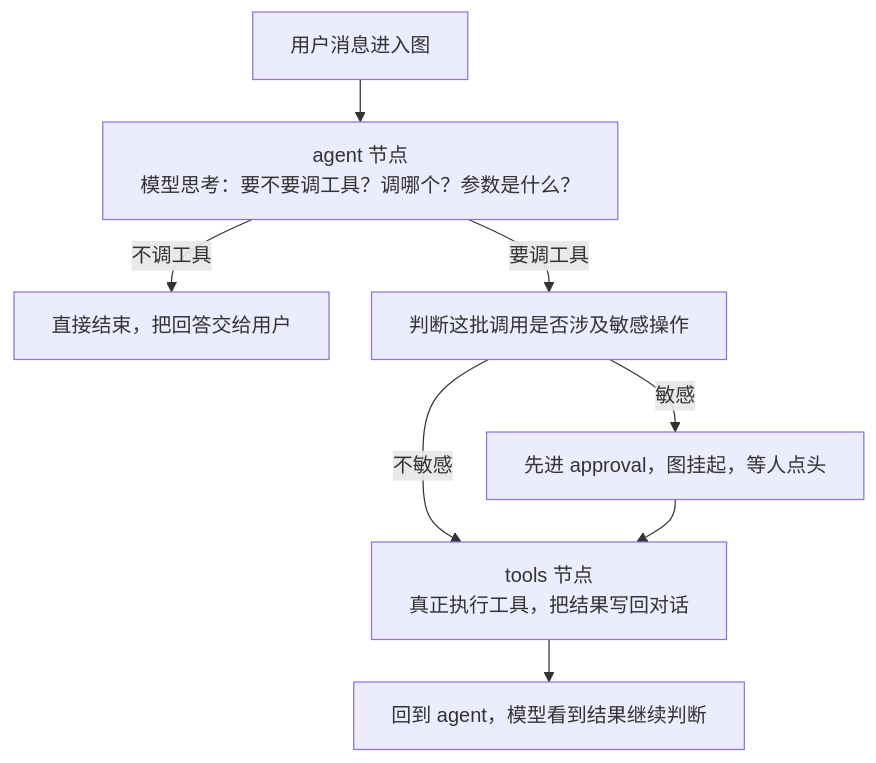
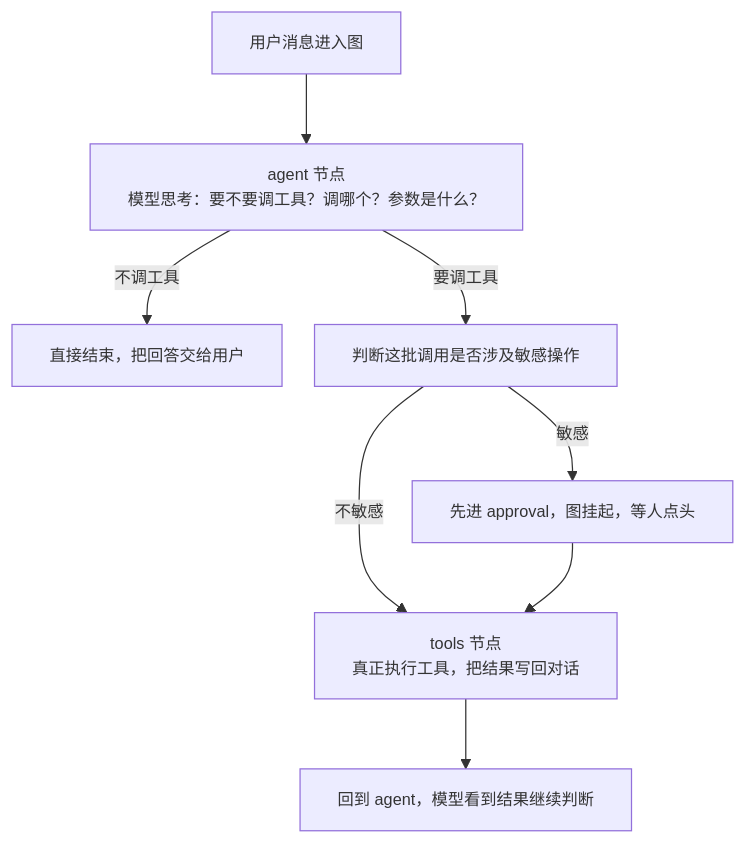
Before and after one commit to Surysaki/surysaki.github.io: the second of 6 diagrams in content/posts/SSsec/index.md, drawn with Mermaid. The commit also changed other lines of this file, not shown here.

````diff
--- a/content/posts/SSsec/index.md
+++ b/content/posts/SSsec/index.md
@@ -114,19 +114,19 @@
 ```mermaid
-%%{init: {"flowchart": {"nodeSpacing": 34, "rankSpacing": 34, "wrappingWidth": 430}}}%%
+%%{init: {"flowchart": {"nodeSpacing": 26, "rankSpacing": 56, "wrappingWidth": 470}, "themeVariables": {"fontSize": "13px"}}}%%
 flowchart TB
     IN["用户消息进入图"]
     AG["agent 节点<br/>模型思考：要不要调工具？调哪个？参数是什么？"]
     DONE["直接结束，把回答交给用户"]
     J["判断这批调用是否涉及敏感操作"]
     T["tools 节点<br/>真正执行工具，把结果写回对话"]
     AP["先进 approval，图挂起，等人点头"]
     BACK["回到 agent，模型看到结果继续判断"]
 
     IN --> AG
     AG -- "不调工具" --> DONE
     AG -- "要调工具" --> J
     J -- "不敏感" --> T
     J -- "敏感" --> AP
     AP --> T
     T --> BACK
 ```
````
